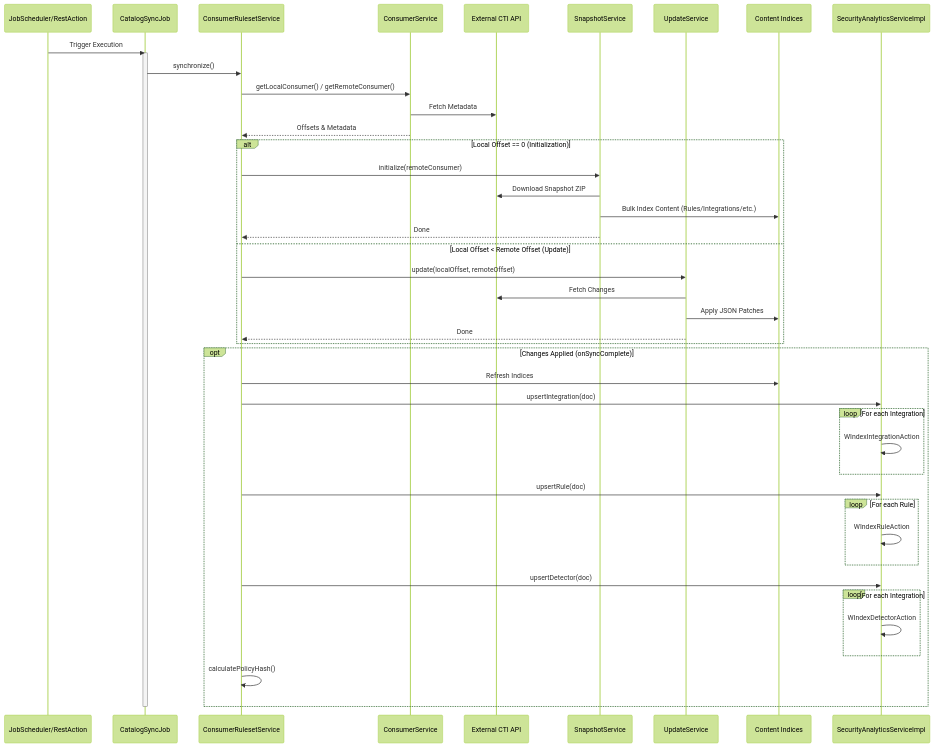
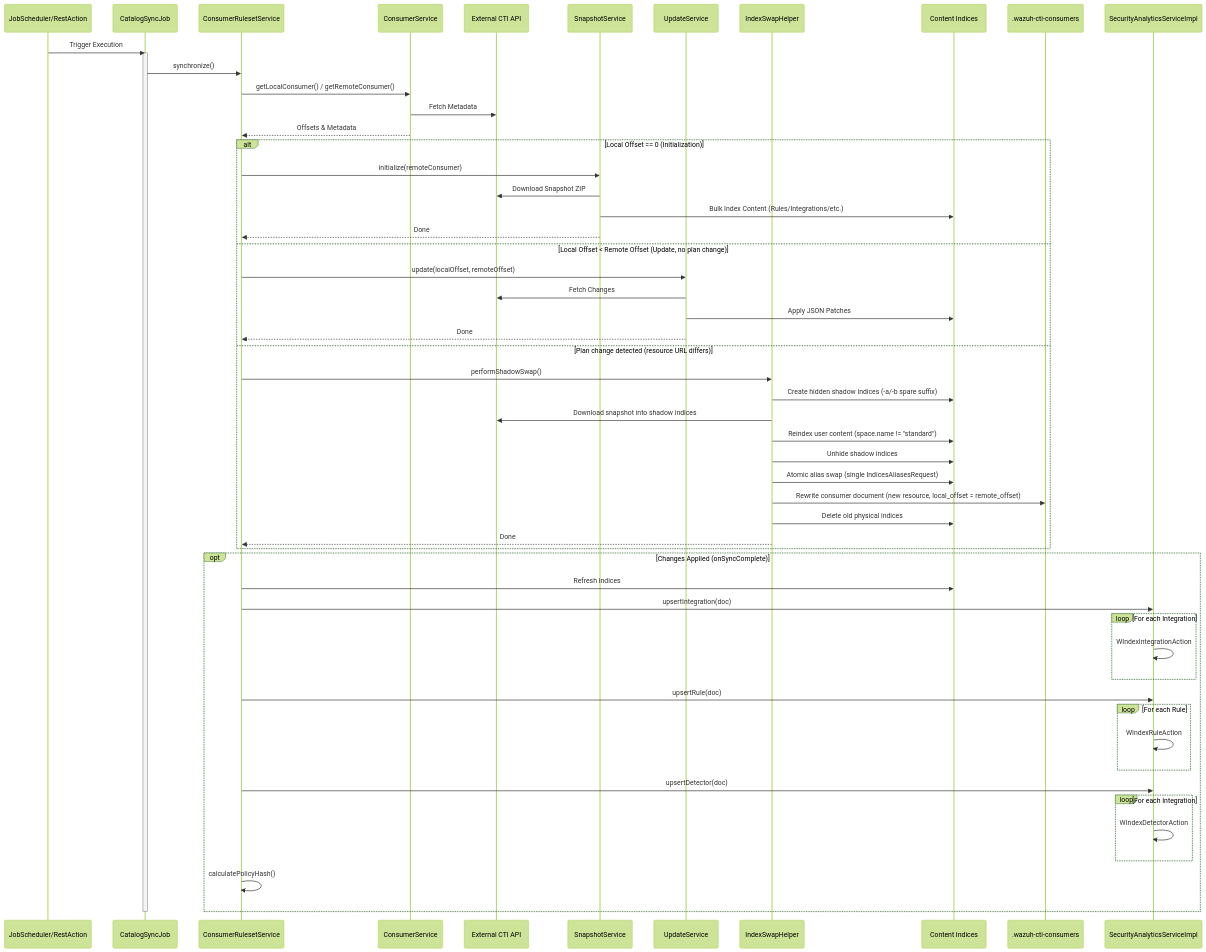
The third of 12 diagrams in docs/dev/plugins/content-manager.md (wazuh/wazuh-indexer-plugins), drawn with Mermaid (forest theme) before and after one commit. The commit also changed other lines of this file and 55 other files, not shown here.

````diff
--- a/docs/dev/plugins/content-manager.md
+++ b/docs/dev/plugins/content-manager.md
@@ -503,56 +511,68 @@
 ```mermaid
 sequenceDiagram
     participant Scheduler as JobScheduler/RestAction
     participant SyncJob as CatalogSyncJob
     participant Synchronizer as ConsumerRulesetService
     participant ConsumerSvc as ConsumerService
     participant CTI as External CTI API
     participant Snapshot as SnapshotService
     participant Update as UpdateService
+    participant Swap as IndexSwapHelper
     participant Indices as Content Indices
-    participant SAP as SecurityAnalyticsServiceImpl
+    participant Consumers as .wazuh-cti-consumers
+    participant SA as SecurityAnalyticsServiceImpl
 
     Scheduler->>SyncJob: Trigger Execution
     activate SyncJob
 
     SyncJob->>Synchronizer: synchronize()
 
     Synchronizer->>ConsumerSvc: getLocalConsumer() / getRemoteConsumer()
     ConsumerSvc->>CTI: Fetch Metadata
     ConsumerSvc-->>Synchronizer: Offsets & Metadata
 
     alt Local Offset == 0 (Initialization)
         Synchronizer->>Snapshot: initialize(remoteConsumer)
         Snapshot->>CTI: Download Snapshot ZIP
         Snapshot->>Indices: Bulk Index Content (Rules/Integrations/etc.)
         Snapshot-->>Synchronizer: Done
-    else Local Offset < Remote Offset (Update)
+    else Local Offset < Remote Offset (Update, no plan change)
         Synchronizer->>Update: update(localOffset, remoteOffset)
         Update->>CTI: Fetch Changes
         Update->>Indices: Apply JSON Patches
         Update-->>Synchronizer: Done
+    else Plan change detected (resource URL differs)
+        Synchronizer->>Swap: performShadowSwap()
+        Swap->>Indices: Create hidden shadow indices (-a/-b spare suffix)
+        Swap->>CTI: Download snapshot into shadow indices
+        Swap->>Indices: Reindex user content (space.name != "standard")
+        Swap->>Indices: Unhide shadow indices
+        Swap->>Indices: Atomic alias swap (single IndicesAliasesRequest)
+        Swap->>Consumers: Rewrite consumer document (new resource, local_offset = remote_offset)
+        Swap->>Indices: Delete old physical indices
+        Swap-->>Synchronizer: Done
     end
 
     opt Changes Applied (onSyncComplete)
         Synchronizer->>Indices: Refresh Indices
 
-        Synchronizer->>SAP: upsertIntegration(doc)
+        Synchronizer->>SA: upsertIntegration(doc)
         loop For each Integration
-            SAP->>SAP: WIndexIntegrationAction
+            SA->>SA: WIndexIntegrationAction
         end
 
-        Synchronizer->>SAP: upsertRule(doc)
+        Synchronizer->>SA: upsertRule(doc)
         loop For each Rule
-            SAP->>SAP: WIndexRuleAction
+            SA->>SA: WIndexRuleAction
         end
 
-        Synchronizer->>SAP: upsertDetector(doc)
+        Synchronizer->>SA: upsertDetector(doc)
         loop For each Integration
-            SAP->>SAP: WIndexDetectorAction
+            SA->>SA: WIndexDetectorAction
         end
 
         Synchronizer->>Synchronizer: calculatePolicyHash()
     end
 
     deactivate SyncJob
 ```
````
